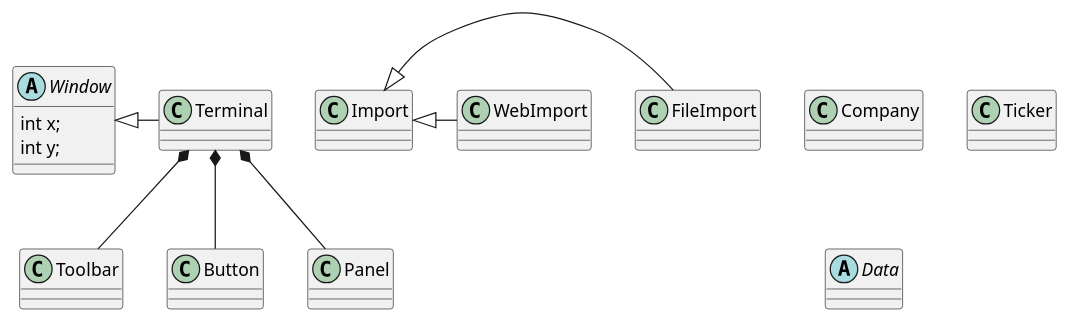
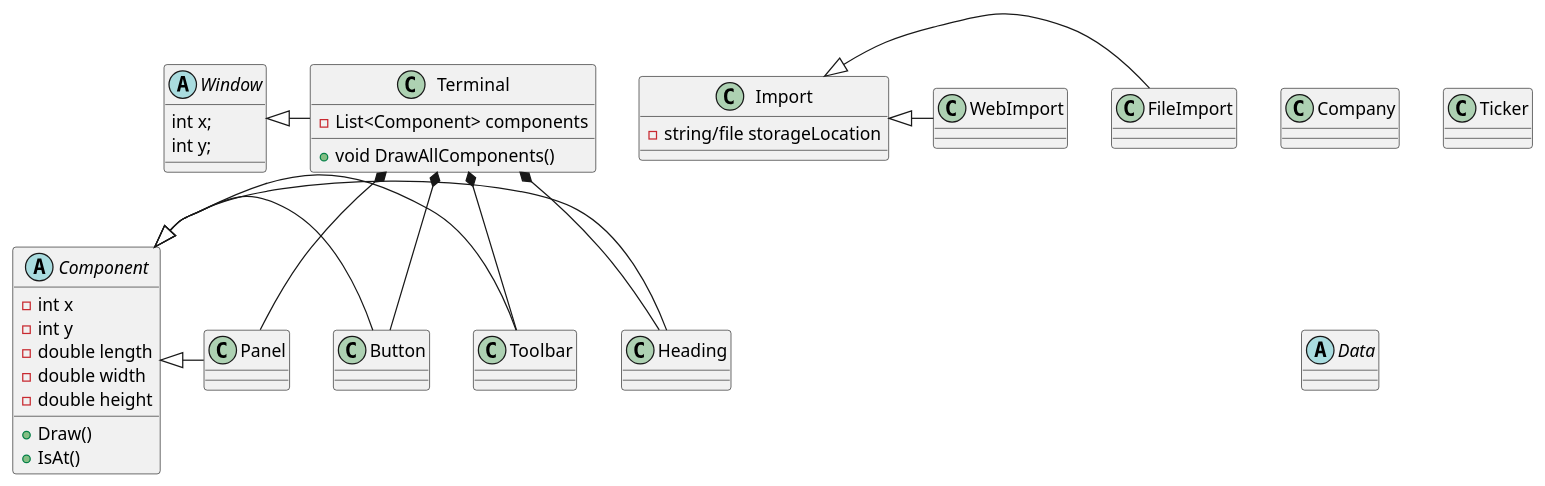
The diagram in Bloombleurgh/Bloombleurgh/Program.puml (JohnVonNeumann/bloombleurgh), drawn with PlantUML before and after one commit.

Commit message:
UPDATE Program.puml - add further details on the UML diagram

```diff
--- a/Bloombleurgh/Bloombleurgh/Program.puml
+++ b/Bloombleurgh/Bloombleurgh/Program.puml
@@ -1,54 +1,79 @@
 @startuml
 'https://plantuml.com/class-diagram
 
 'Inheritance
 Window <|- Terminal
 Import <|- FileImport
 Import <|- WebImport
 
+
+Component <|- Heading
+Component <|- Toolbar
+Component <|- Button
+Component <|- Panel
+
 'Composition
+Terminal *-- Heading
 Terminal *-- Toolbar
 Terminal *-- Button
 Terminal *-- Panel
 
 'Aggregation
 
 'Used as a base class for terminal, allows for drawing and sizing
 'Implement non abstract then make it abstract
 abstract class Window {
 int x;
 int y;
 }
 
 'Implement the Terminal as one class first, then break it out into separate modules
 class Terminal {
+- List<Component> components
+
++ void DrawAllComponents()
 }
+
+abstract class Component {
+- int x
+- int y
+- double length
+- double width
+- double height
+
++ Draw()
+'Probably want some sort of polymorphic IsAt to handle all styles of rect
++ IsAt()
+}
+
+class Heading {}
 
 class Toolbar {
 }
 
 class Button {
 }
 
 class Panel {
 }
 
 class Import {
+- string/file storageLocation
 }
 
 class FileImport {
 }
 
 class WebImport {
 }
 
 class Company {
 }
 
 class Ticker {
 }
 
 abstract class Data {
 }
 
 @enduml
```
